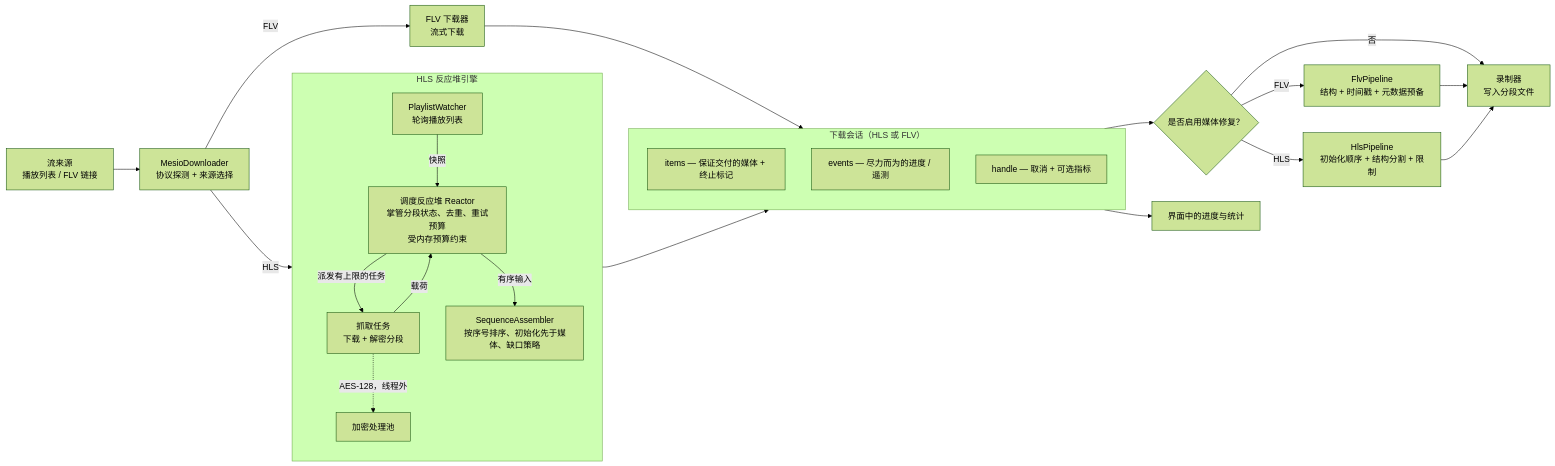
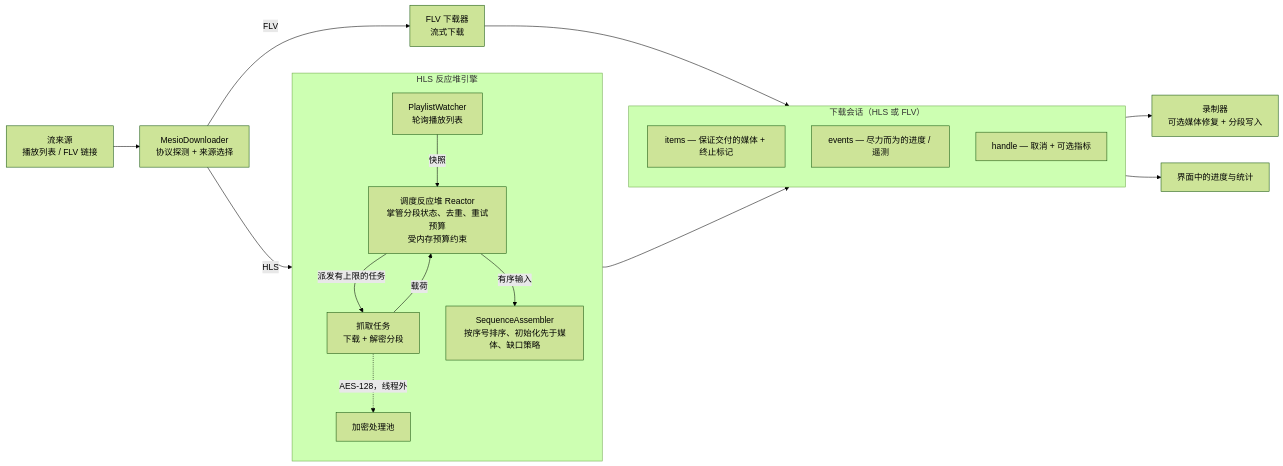
Before and after one commit to hua0512/rust-srec: the diagram in rust-srec/docs/zh/concepts/mesio.md, drawn with Mermaid (forest theme). The commit also changed other lines of this file and 7 other files, not shown here.

````diff
--- a/rust-srec/docs/zh/concepts/mesio.md
+++ b/rust-srec/docs/zh/concepts/mesio.md
@@ -9,37 +9,28 @@
 ```mermaid
 flowchart LR
   SRC[流来源<br/>播放列表 / FLV 链接] --> MD[MesioDownloader<br/>协议探测 + 来源选择]
   FLV[FLV 下载器<br/>流式下载]
 
   subgraph HLS["HLS 反应堆引擎"]
     direction TB
     PW[PlaylistWatcher<br/>轮询播放列表] -->|快照| RX[调度反应堆 Reactor<br/>掌管分段状态、去重、重试预算<br/>受内存预算约束]
     RX -->|派发有上限的任务| FT[抓取任务<br/>下载 + 解密分段]
     FT -. AES-128，线程外 .-> CR[加密处理池]
     FT -->|载荷| RX
     RX -->|有序输入| AS[SequenceAssembler<br/>按序号排序、初始化先于媒体、缺口策略]
   end
 
   subgraph SESS["下载会话（HLS 或 FLV）"]
     direction TB
     ITEMS["items — 保证交付的媒体 + 终止标记"]
     EVENTS["events — 尽力而为的进度 / 遥测"]
     HANDLE["handle — 取消 + 可选指标"]
   end
 
-  ROUTE{是否启用媒体修复？}
-  FLVFIX[FlvPipeline<br/>结构 + 时间戳 + 元数据预备]
-  HLSFIX[HlsPipeline<br/>初始化顺序 + 结构分割 + 限制]
-
   MD -->|HLS| PW
   MD -->|FLV| FLV
   AS --> SESS
   FLV --> SESS
-  ITEMS --> ROUTE
-  ROUTE -->|FLV| FLVFIX
-  ROUTE -->|HLS| HLSFIX
-  ROUTE -->|否| REC[录制器<br/>写入分段文件]
-  FLVFIX --> REC
-  HLSFIX --> REC
+  ITEMS --> REC[录制器<br/>可选媒体修复 + 分段写入]
   EVENTS --> UI[界面中的进度与统计]
 ```
````
